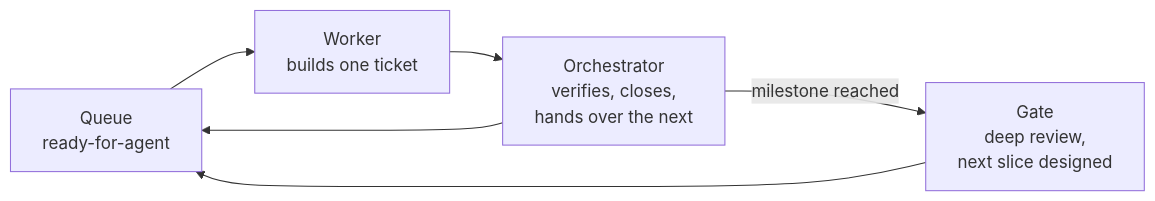
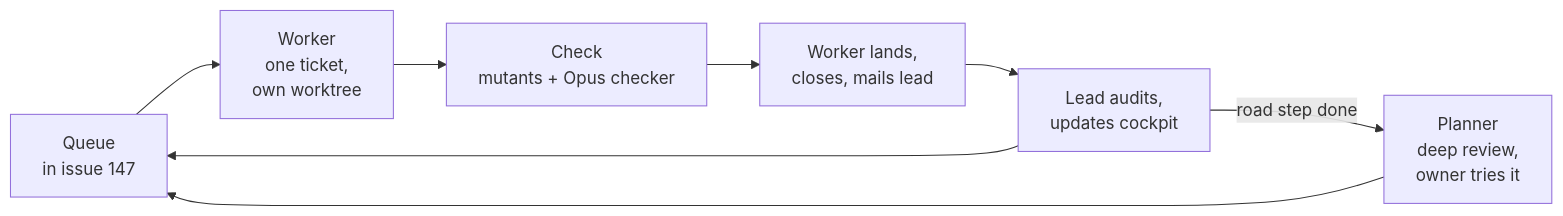
Before and after one commit to abossard/bossylights: the diagram in docs/agents/orchestration.md, drawn with Mermaid. The commit also changed other lines of this file and 10 other files, not shown here.

First line of the commit message:
The crew runs in tuios, the cockpit is the one status page (#274)

````diff
--- a/docs/agents/orchestration.md
+++ b/docs/agents/orchestration.md
@@ -5,5 +5,5 @@
 ```mermaid
 flowchart LR
-  Q["Queue<br/>ready-for-agent"] --> W["Worker<br/>builds one ticket"] --> O["Orchestrator<br/>verifies, closes,<br/>hands over the next"] --> Q
-  O -- "milestone reached" --> G["Gate<br/>deep review,<br/>next slice designed"] --> Q
+  Q["Queue<br/>in issue 147"] --> W["Worker<br/>one ticket,<br/>own worktree"] --> C["Check<br/>mutants + Opus checker"] --> L["Worker lands,<br/>closes, mails lead"] --> A["Lead audits,<br/>updates cockpit"] --> Q
+  A -- "road step done" --> G["Planner<br/>deep review,<br/>owner tries it"] --> Q
 ```
````
